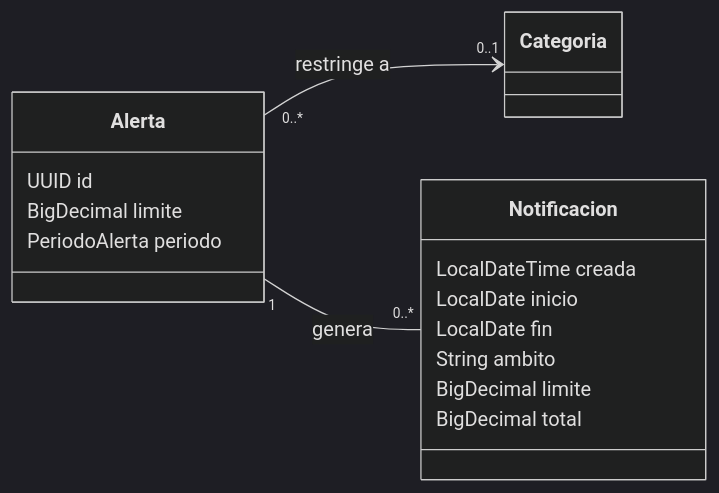
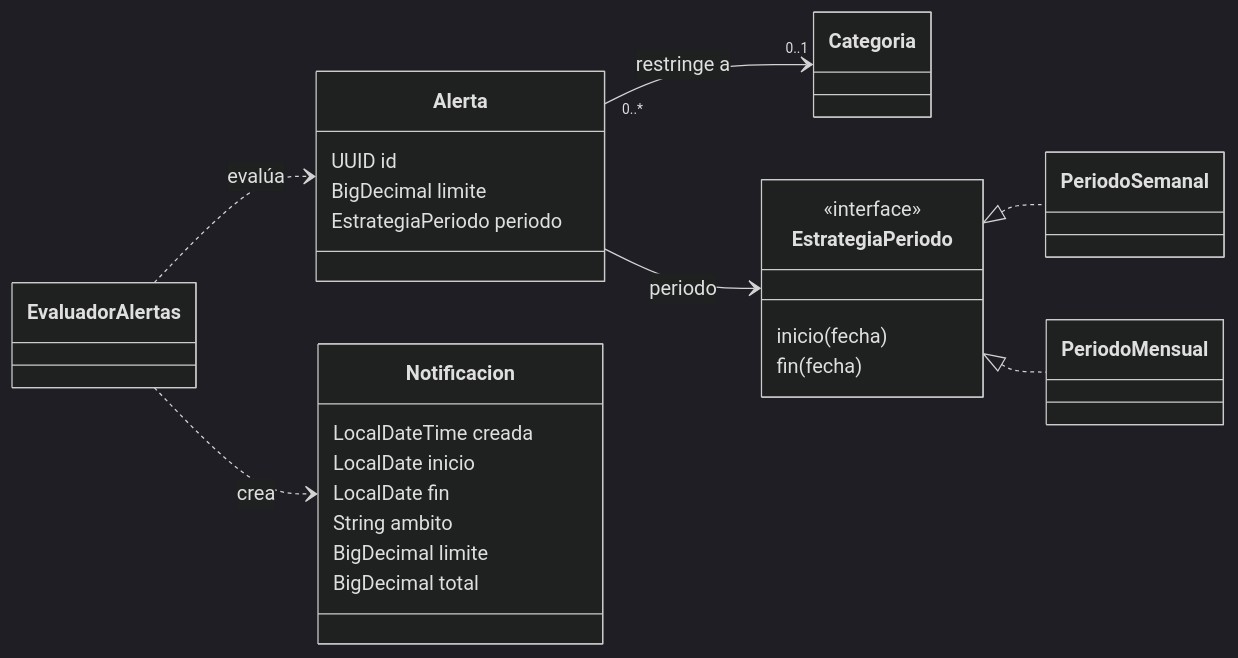
One commit to mariogabarron/TDS-Mario-Carmen changed the second of 2 diagrams in docs/diagramas-gestion-gastos.md. Above: the diagram before and after it, drawn with Mermaid (dark theme). The commit also changed other lines of this file, not shown here.

Commit message:
Actualizar el modelo de dominio de gastos y alertas

````diff
--- a/docs/diagramas-gestion-gastos.md
+++ b/docs/diagramas-gestion-gastos.md
@@ -37,20 +37,30 @@
 ```mermaid
 classDiagram
 direction LR
 class Alerta {
     UUID id
     BigDecimal limite
-    PeriodoAlerta periodo
+    EstrategiaPeriodo periodo
 }
 class Categoria
 class Notificacion {
     LocalDateTime creada
     LocalDate inicio
     LocalDate fin
     String ambito
     BigDecimal limite
     BigDecimal total
 }
+class EstrategiaPeriodo {
+    <<interface>>
+    inicio(fecha)
+    fin(fecha)
+}
+Alerta --> EstrategiaPeriodo : periodo
+EstrategiaPeriodo <|.. PeriodoSemanal
+EstrategiaPeriodo <|.. PeriodoMensual
+EvaluadorAlertas ..> Alerta : evalúa
+EvaluadorAlertas ..> Notificacion : crea
 Alerta "0..*" --> "0..1" Categoria : restringe a
-Alerta "1" -- "0..*" Notificacion : genera
+
 ```
````
